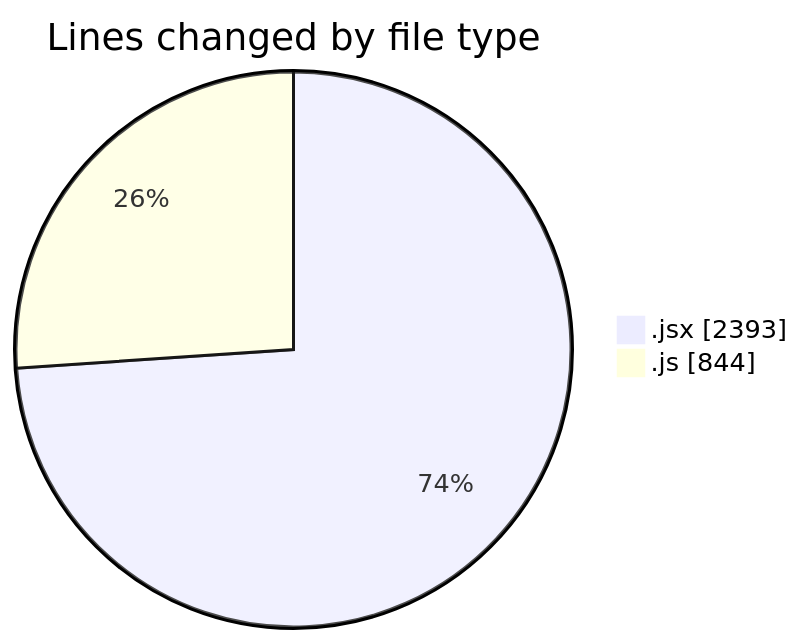
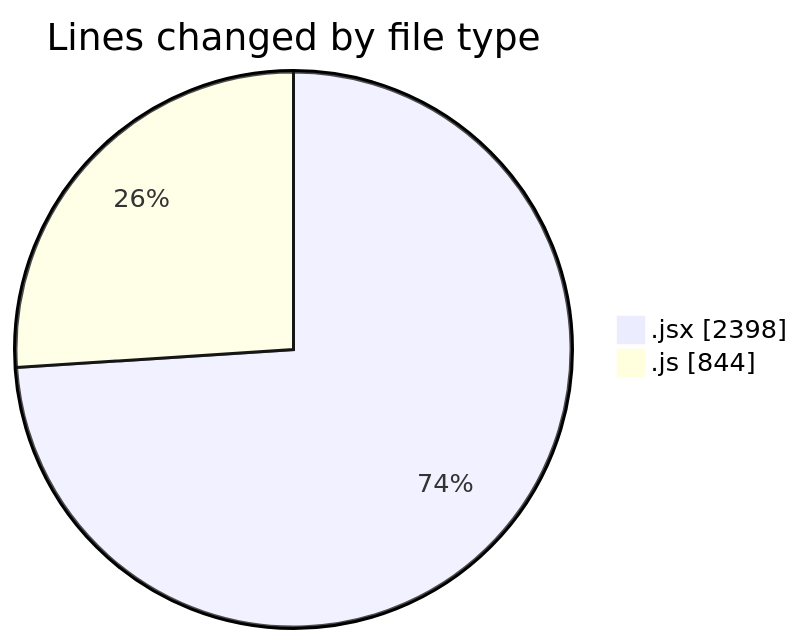
One commit to nxtqubesakshisongat/code-tracking changed the first of 2 diagrams in 2025-06-28/argos/README.md. Above: the diagram before and after it, drawn with Mermaid. The commit also changed other lines of this file and 1 other file, not shown here.

````diff
--- a/2025-06-28/argos/README.md
+++ b/2025-06-28/argos/README.md
@@ -27,6 +27,6 @@
 ```mermaid
 pie showData
 title Lines changed by file type
-".jsx" : 2393
+".jsx" : 2398
 ".js" : 844
 ```
````
